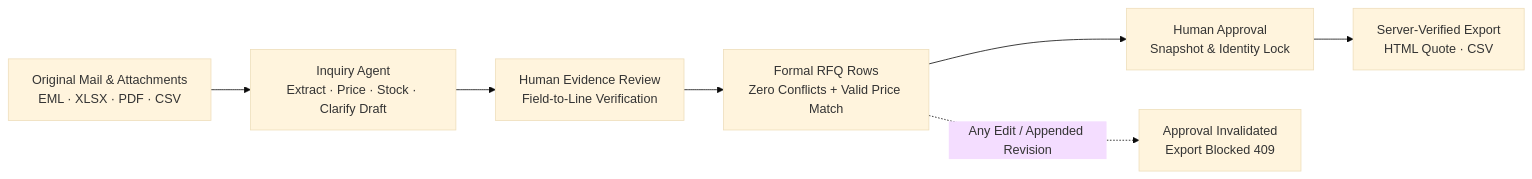
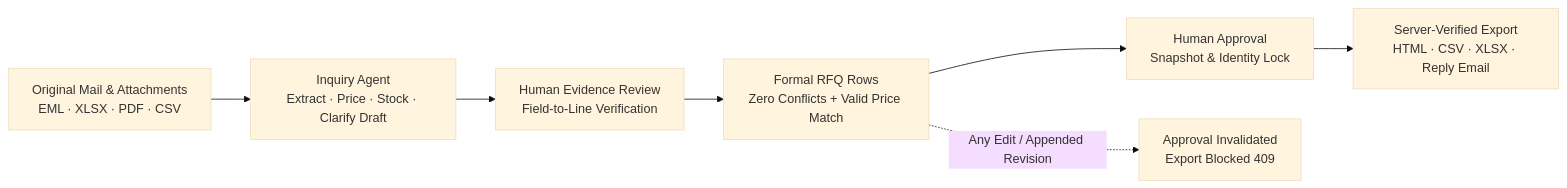
The diagram in README.en.md (1Beyond1/rfq-desk), drawn with Mermaid (base theme) before and after one commit. The commit also changed other lines of this file and 1 other file, not shown here.

````diff
--- a/README.en.md
+++ b/README.en.md
@@ -42,9 +45,9 @@
 ```mermaid
 flowchart LR
     A[Original Mail & Attachments<br/>EML · XLSX · PDF · CSV] --> B[Inquiry Agent<br/>Extract · Price · Stock · Clarify Draft]
     B --> C[Human Evidence Review<br/>Field-to-Line Verification]
     C --> D[Formal RFQ Rows<br/>Zero Conflicts + Valid Price Match]
     D --> E[Human Approval<br/>Snapshot & Identity Lock]
-    E --> F[Server-Verified Export<br/>HTML Quote · CSV]
+    E --> F[Server-Verified Export<br/>HTML · CSV · XLSX · Reply Email]
     D -. Any Edit / Appended Revision .-> G[Approval Invalidated<br/>Export Blocked 409]
 ```
````
